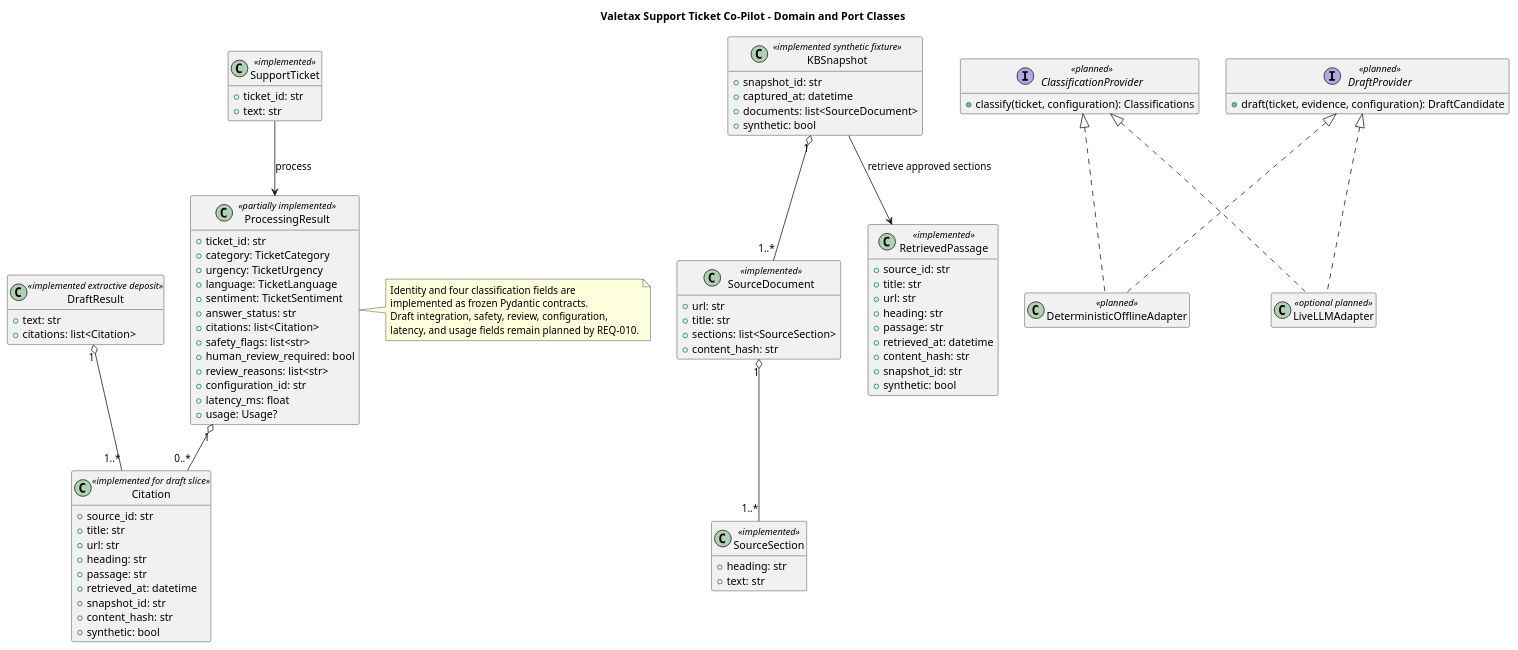
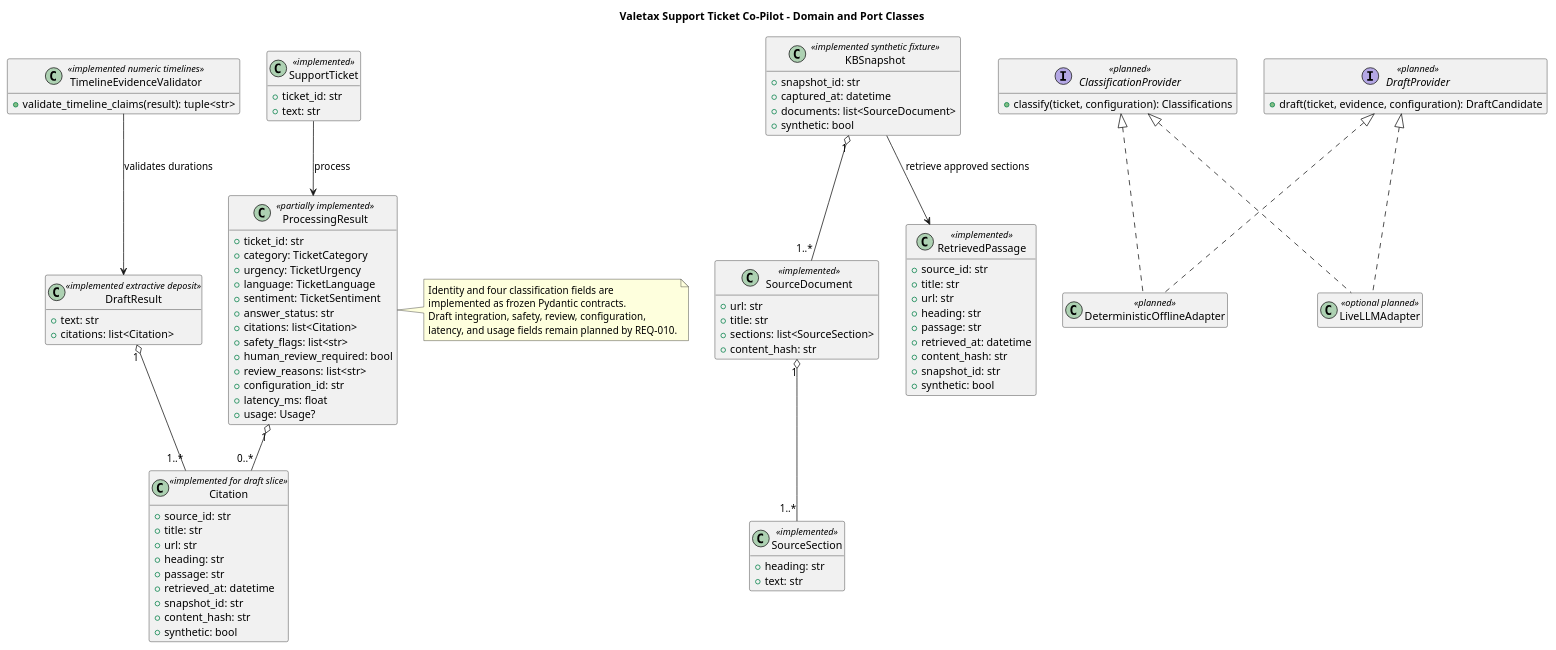
The diagram in doc/uml/domain-class.puml (stoarch/testA2), drawn with PlantUML before and after one commit. The commit also changed 20 other files, not shown here.

Commit message:
feat: Implement SCN-007 for validating numeric timeline claims against cited passages

```diff
--- a/doc/uml/domain-class.puml
+++ b/doc/uml/domain-class.puml
@@ -1,102 +1,107 @@
 @startuml
 title Valetax Support Ticket Co-Pilot - Domain and Port Classes
 hide empty members
 
 class SupportTicket <<implemented>> {
   +ticket_id: str
   +text: str
 }
 
 class ProcessingResult <<partially implemented>> {
   +ticket_id: str
   +category: TicketCategory
   +urgency: TicketUrgency
   +language: TicketLanguage
   +sentiment: TicketSentiment
   +answer_status: str
   +citations: list<Citation>
   +safety_flags: list<str>
   +human_review_required: bool
   +review_reasons: list<str>
   +configuration_id: str
   +latency_ms: float
   +usage: Usage?
 }
 
 class Citation <<implemented for draft slice>> {
   +source_id: str
   +title: str
   +url: str
   +heading: str
   +passage: str
   +retrieved_at: datetime
   +snapshot_id: str
   +content_hash: str
   +synthetic: bool
 }
 
 class DraftResult <<implemented extractive deposit>> {
   +text: str
   +citations: list<Citation>
+}
+
+class TimelineEvidenceValidator <<implemented numeric timelines>> {
+  +validate_timeline_claims(result): tuple<str>
 }
 
 class KBSnapshot <<implemented synthetic fixture>> {
   +snapshot_id: str
   +captured_at: datetime
   +documents: list<SourceDocument>
   +synthetic: bool
 }
 
 class SourceDocument <<implemented>> {
   +url: str
   +title: str
   +sections: list<SourceSection>
   +content_hash: str
 }
 
 class SourceSection <<implemented>> {
   +heading: str
   +text: str
 }
 
 class RetrievedPassage <<implemented>> {
   +source_id: str
   +title: str
   +url: str
   +heading: str
   +passage: str
   +retrieved_at: datetime
   +content_hash: str
   +snapshot_id: str
   +synthetic: bool
 }
 
 interface ClassificationProvider <<planned>> {
   +classify(ticket, configuration): Classifications
 }
 
 interface DraftProvider <<planned>> {
   +draft(ticket, evidence, configuration): DraftCandidate
 }
 
 class DeterministicOfflineAdapter <<planned>>
 class LiveLLMAdapter <<optional planned>>
 
 ProcessingResult "1" o-- "0..*" Citation
 DraftResult "1" o-- "1..*" Citation
+TimelineEvidenceValidator --> DraftResult : validates durations
 KBSnapshot "1" o-- "1..*" SourceDocument
 SourceDocument "1" o-- "1..*" SourceSection
 KBSnapshot --> RetrievedPassage : retrieve approved sections
 ClassificationProvider <|.. DeterministicOfflineAdapter
 DraftProvider <|.. DeterministicOfflineAdapter
 ClassificationProvider <|.. LiveLLMAdapter
 DraftProvider <|.. LiveLLMAdapter
 SupportTicket --> ProcessingResult : process
 
 note right of ProcessingResult
 Identity and four classification fields are
 implemented as frozen Pydantic contracts.
 Draft integration, safety, review, configuration,
 latency, and usage fields remain planned by REQ-010.
 end note
 @enduml
```
